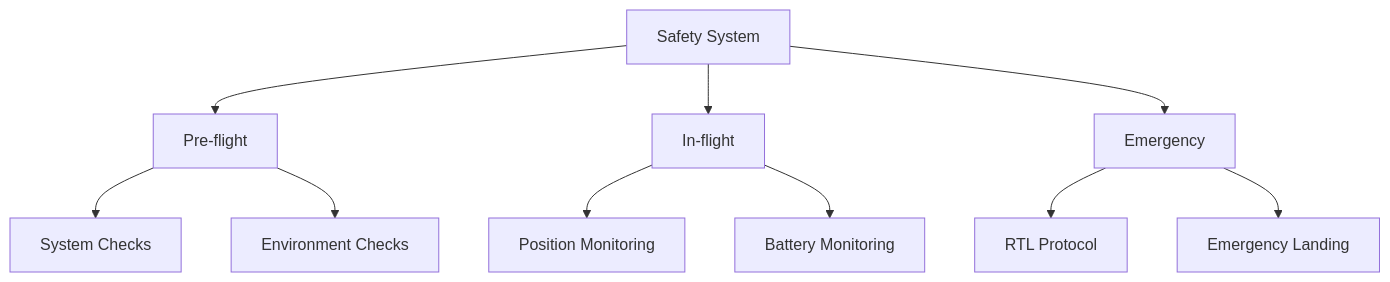
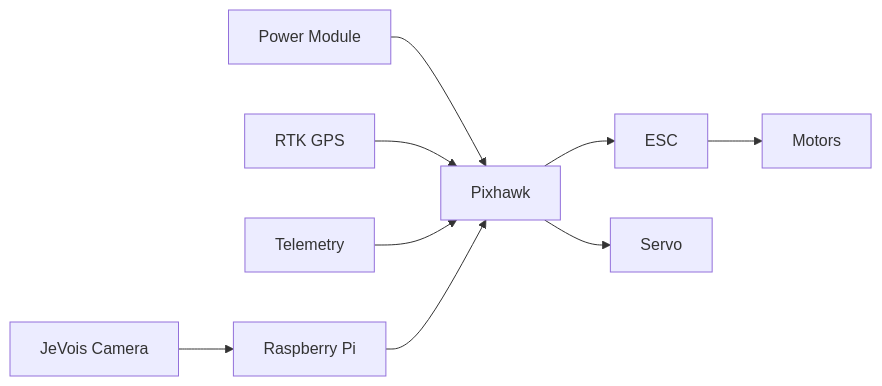
One commit to khairul-me/Autonomous-Rover-Control-System changed the second of 4 diagrams in README.md. Above: the diagram before and after it, drawn with Mermaid. The commit also changed other lines of this file, not shown here.

````diff
--- a/README.md
+++ b/README.md
@@ -228,15 +65,11 @@
 ```mermaid
-graph TD
-    A[Safety System] --> B[Pre-flight]
-    A --> C[In-flight]
-    A --> D[Emergency]
-    
-    B --> E[System Checks]
-    B --> F[Environment Checks]
-    
-    C --> G[Position Monitoring]
-    C --> H[Battery Monitoring]
-    
-    D --> I[RTL Protocol]
-    D --> J[Emergency Landing]
+graph LR
+    A[Power Module] --> B[Pixhawk]
+    B --> C[ESC]
+    C --> D[Motors]
+    B --> E[Servo]
+    F[RTK GPS] --> B
+    G[Telemetry] --> B
+    H[Raspberry Pi] --> B
+    I[JeVois Camera] --> H
 ```
````
